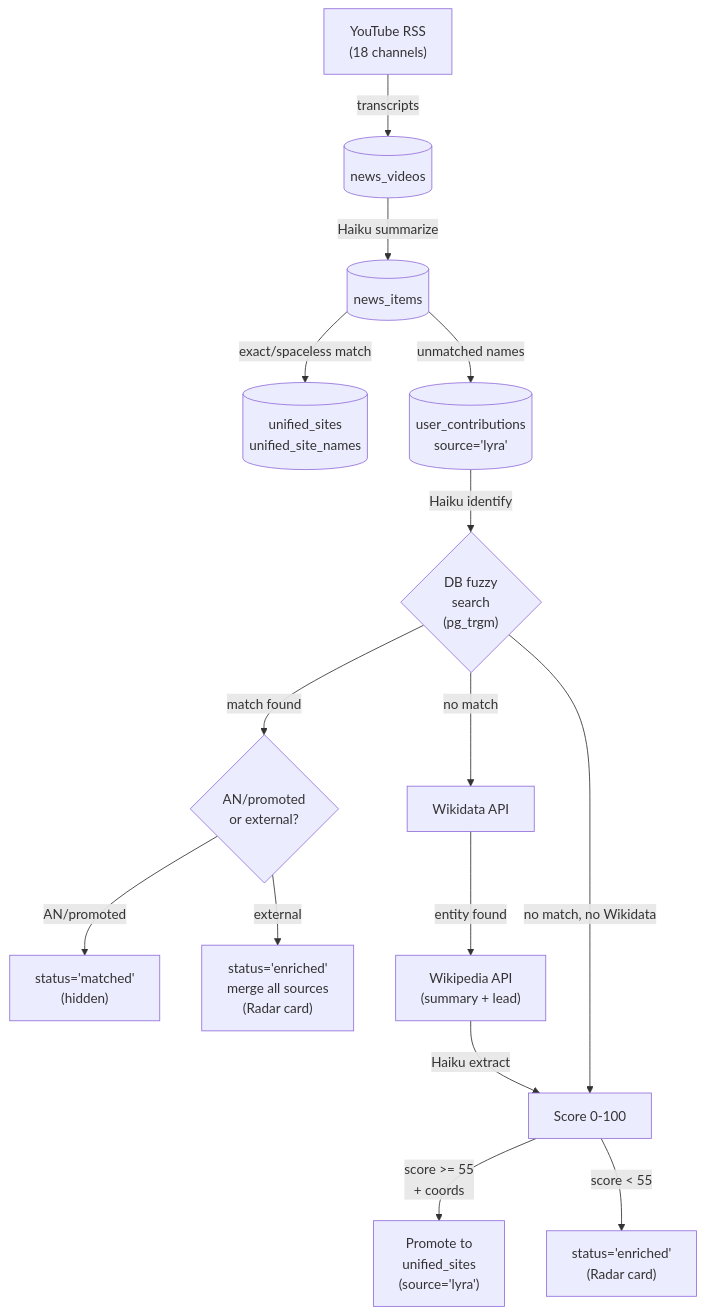
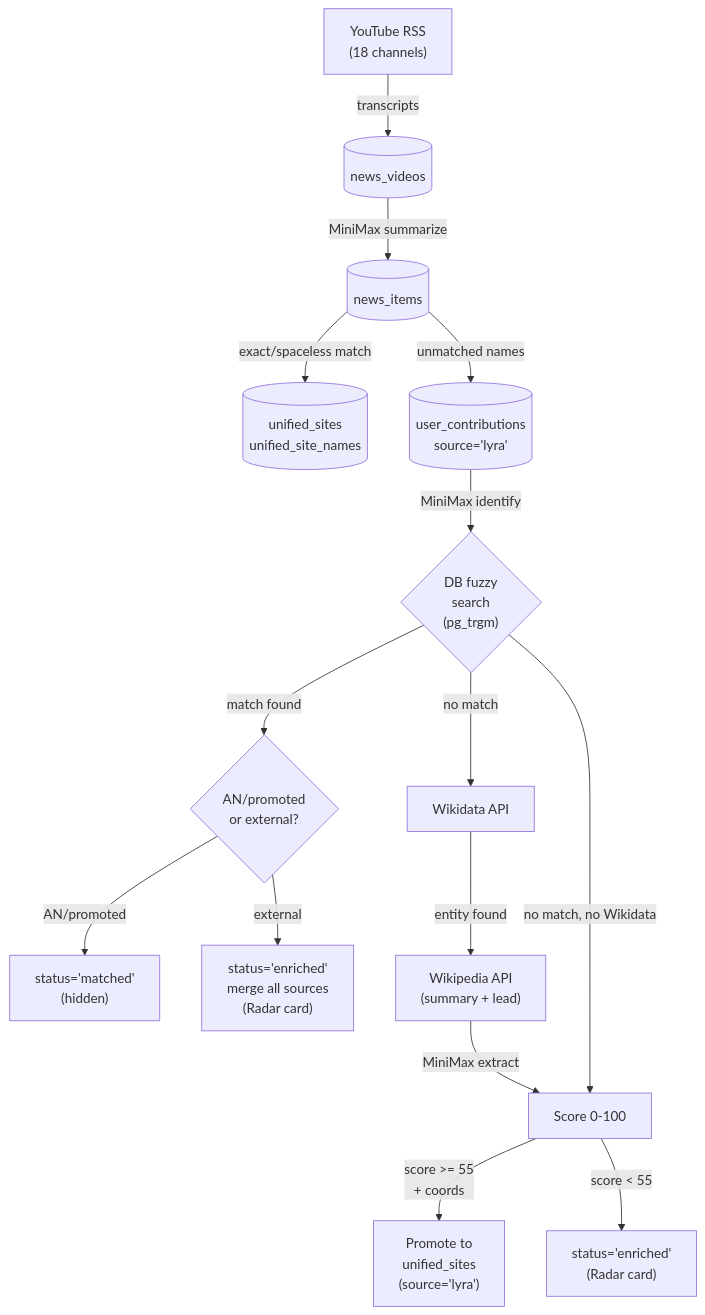
The second of 6 diagrams in docs/lyra-pipeline.md (ancientnerds/AncientMap), drawn with Mermaid before and after one commit. The commit also changed other lines of this file and 7 other files, not shown here.

First line of the commit message:
Update all docs for Claude → MiniMax M2.5 migration

````diff
--- a/docs/lyra-pipeline.md
+++ b/docs/lyra-pipeline.md
@@ -43,21 +43,21 @@
 ```mermaid
 flowchart TD
     YT["YouTube RSS\n(18 channels)"] -->|transcripts| NV[(news_videos)]
-    NV -->|Haiku summarize| NI[(news_items)]
+    NV -->|MiniMax summarize| NI[(news_items)]
     NI -->|exact/spaceless match| US[(unified_sites\nunified_site_names)]
     NI -->|unmatched names| UC[(user_contributions\nsource='lyra')]
 
-    UC -->|Haiku identify| DB{"DB fuzzy\nsearch\n(pg_trgm)"}
+    UC -->|MiniMax identify| DB{"DB fuzzy\nsearch\n(pg_trgm)"}
     DB -->|match found| BRANCH{"AN/promoted\nor external?"}
     DB -->|no match| WD["Wikidata API"]
 
     BRANCH -->|AN/promoted| HIDDEN["status='matched'\n(hidden)"]
     BRANCH -->|external| ENRICHED["status='enriched'\nmerge all sources\n(Radar card)"]
 
     WD -->|entity found| WP["Wikipedia API\n(summary + lead)"]
-    WP -->|Haiku extract| SCORE["Score 0-100"]
+    WP -->|MiniMax extract| SCORE["Score 0-100"]
     DB -->|no match, no Wikidata| SCORE
 
     SCORE -->|"score >= 55\n+ coords"| PROMOTE["Promote to\nunified_sites\n(source='lyra')"]
     SCORE -->|"score < 55"| KEEP["status='enriched'\n(Radar card)"]
 ```
````
